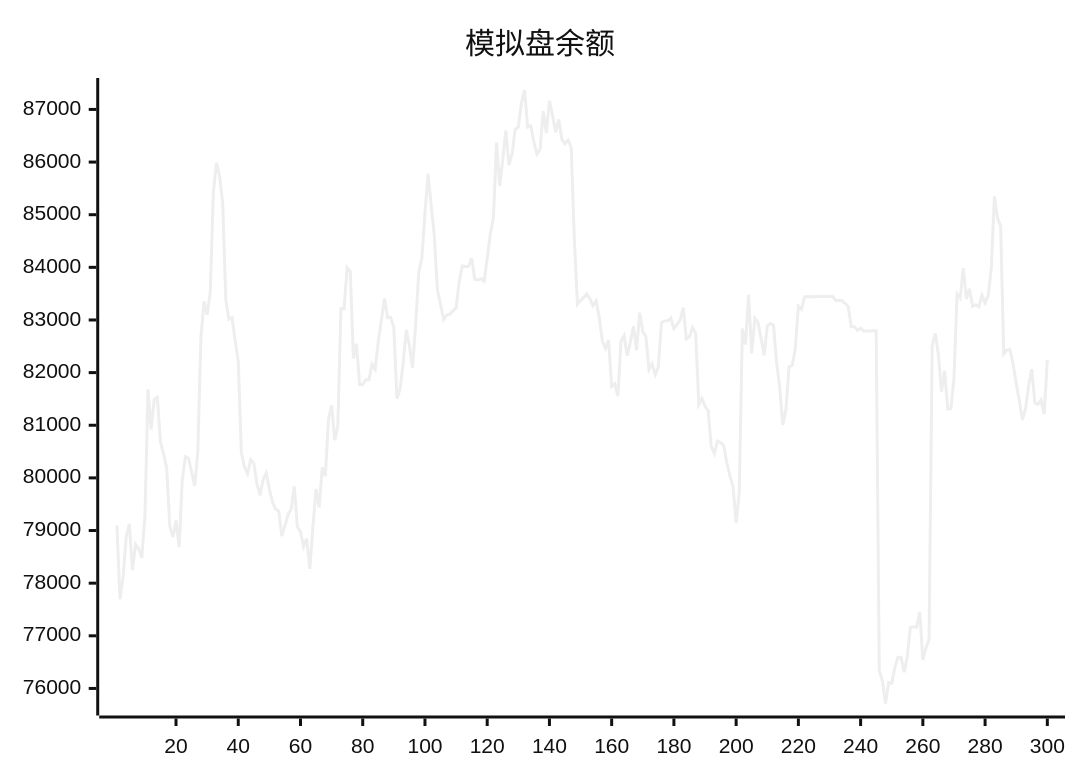
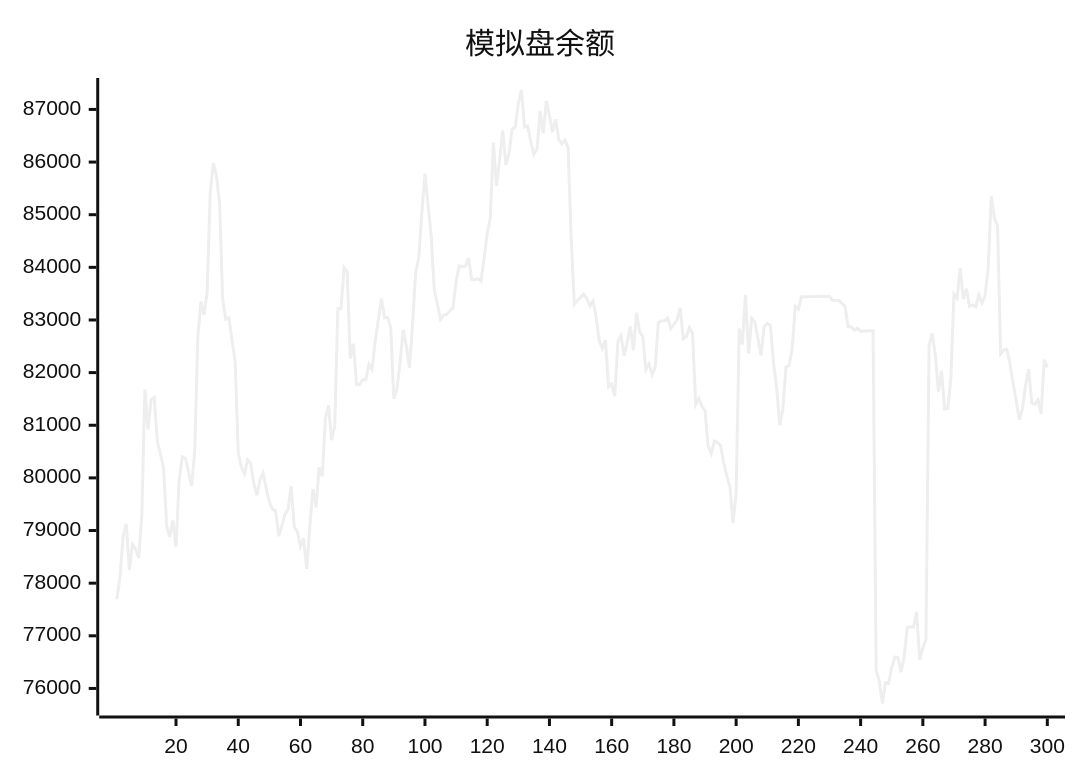
One commit to aahl/ai-trading changed the diagram in README.md. Above: the diagram before and after it, drawn with Mermaid (neutral theme). The commit also changed other lines of this file and 1 other file, not shown here.

````diff
--- a/README.md
+++ b/README.md
@@ -5,5 +5,5 @@
 ```mermaid
 xychart
     title "模拟盘余额"
-    line [79097,77695,78114,78888,79126,78249,78738,78653,78478,79271,81680,80923,81488,81527,80681,80455,80190,79084,78879,79193,78686,79954,80403,80374,80118,79848,80491,82665,83351,83098,83525,85430,85983,85737,85221,83378,83014,83043,82613,82216,80477,80208,80081,80348,80277,79894,79670,79965,80093,79786,79542,79406,79371,78893,79087,79304,79406,79841,79072,78978,78696,78846,78272,79085,79787,79442,80198,80031,81120,81379,80718,80985,83214,83212,83993,83921,82270,82547,81776,81776,81866,81866,82158,82061,82596,83000,83408,83041,83050,82858,81503,81691,82188,82812,82517,82092,82901,83898,84180,85030,85781,85178,84604,83569,83298,83008,83093,83107,83175,83228,83729,84025,84017,84019,84177,83775,83762,83785,83738,84160,84639,84939,86370,85548,86046,86599,85942,86161,86622,86664,87115,87369,86666,86685,86384,86152,86243,86969,86548,87164,86885,86566,86809,86427,86348,86417,86273,84538,83299,83369,83430,83490,83404,83270,83362,83056,82605,82459,82614,81734,81788,81551,82598,82702,82320,82580,82878,82426,83139,82778,82686,82056,82166,81963,82110,82951,82983,82984,83038,82838,82915,82998,83235,82642,82682,82858,82746,81396,81512,81362,81277,80600,80461,80699,80673,80616,80288,80038,79836,79142,79722,82837,82533,83480,82366,83032,82960,82654,82330,82883,82934,82901,82188,81728,81005,81298,82110,82135,82449,83264,83203,83440,83439,83440,83440,83446,83447,83448,83447,83448,83449,83369,83369,83369,83313,83256,82872,82873,82801,82844,82785,82791,82791,82793,82794,76339,76145,75714,76110,76096,76397,76594,76585,76310,76607,77160,77170,77160,77456,76541,76774,76927,82520,82744,82337,81639,82040,81307,81314,81887,83490,83414,83984,83396,83594,83261,83287,83253,83470,83327,83465,83987,85348,84930,84786,82355,82433,82438,82167,81795,81466,81105,81315,81756,82064,81426,81398,81481,81210,82242]
+    line [77695,78114,78888,79126,78249,78738,78653,78478,79271,81680,80923,81488,81527,80681,80455,80190,79084,78879,79193,78686,79954,80403,80374,80118,79848,80491,82665,83351,83098,83525,85430,85983,85737,85221,83378,83014,83043,82613,82216,80477,80208,80081,80348,80277,79894,79670,79965,80093,79786,79542,79406,79371,78893,79087,79304,79406,79841,79072,78978,78696,78846,78272,79085,79787,79442,80198,80031,81120,81379,80718,80985,83214,83212,83993,83921,82270,82547,81776,81776,81866,81866,82158,82061,82596,83000,83408,83041,83050,82858,81503,81691,82188,82812,82517,82092,82901,83898,84180,85030,85781,85178,84604,83569,83298,83008,83093,83107,83175,83228,83729,84025,84017,84019,84177,83775,83762,83785,83738,84160,84639,84939,86370,85548,86046,86599,85942,86161,86622,86664,87115,87369,86666,86685,86384,86152,86243,86969,86548,87164,86885,86566,86809,86427,86348,86417,86273,84538,83299,83369,83430,83490,83404,83270,83362,83056,82605,82459,82614,81734,81788,81551,82598,82702,82320,82580,82878,82426,83139,82778,82686,82056,82166,81963,82110,82951,82983,82984,83038,82838,82915,82998,83235,82642,82682,82858,82746,81396,81512,81362,81277,80600,80461,80699,80673,80616,80288,80038,79836,79142,79722,82837,82533,83480,82366,83032,82960,82654,82330,82883,82934,82901,82188,81728,81005,81298,82110,82135,82449,83264,83203,83440,83439,83440,83440,83446,83447,83448,83447,83448,83449,83369,83369,83369,83313,83256,82872,82873,82801,82844,82785,82791,82791,82793,82794,76339,76145,75714,76110,76096,76397,76594,76585,76310,76607,77160,77170,77160,77456,76541,76774,76927,82520,82744,82337,81639,82040,81307,81314,81887,83490,83414,83984,83396,83594,83261,83287,83253,83470,83327,83465,83987,85348,84930,84786,82355,82433,82438,82167,81795,81466,81105,81315,81756,82064,81426,81398,81481,81210,82242,82099]
 ```
````
